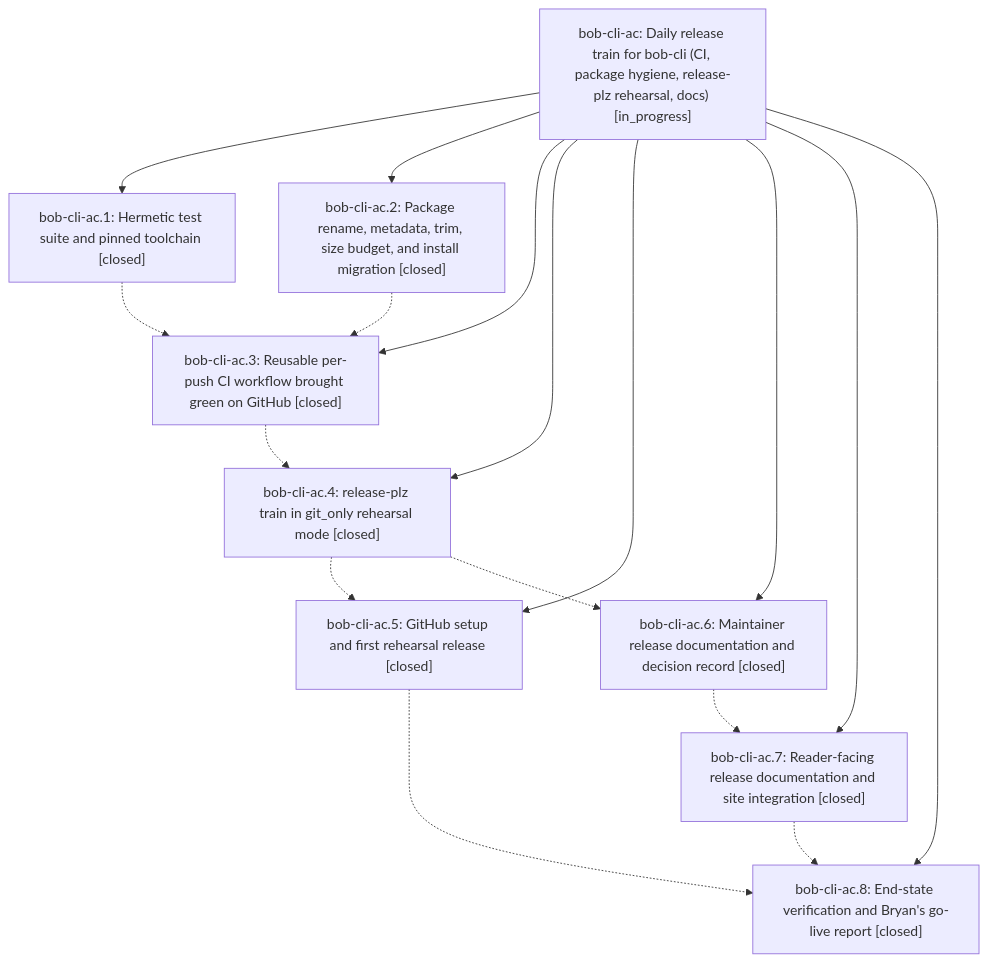
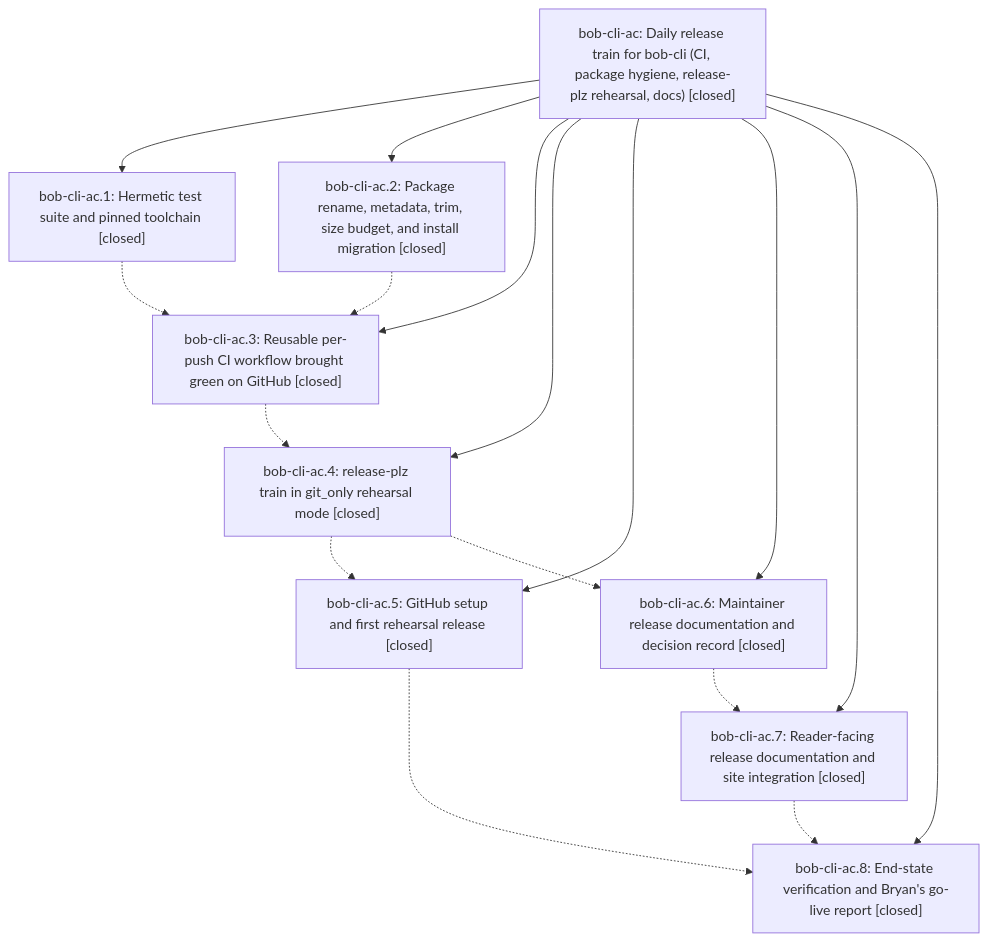
The diagram in pages/bob-cli-ac/README.md (bobs-org/bob-cli--beads), drawn with Mermaid before and after one commit. The commit also changed other lines of this file and 1 other file, not shown here.

First line of the commit message:
chore(beads): sync bead state and pages for bob-cli-ac

````diff
--- a/pages/bob-cli-ac/README.md
+++ b/pages/bob-cli-ac/README.md
@@ -47,28 +60,28 @@
 ```mermaid
 flowchart TD
-    n0["bob-cli-ac: Daily release train for bob-cli (CI, package hygiene, release-plz rehearsal, docs) [in_progress]"]
+    n0["bob-cli-ac: Daily release train for bob-cli (CI, package hygiene, release-plz rehearsal, docs) [closed]"]
     n1["bob-cli-ac.1: Hermetic test suite and pinned toolchain [closed]"]
     n2["bob-cli-ac.2: Package rename, metadata, trim, size budget, and install migration [closed]"]
     n3["bob-cli-ac.3: Reusable per-push CI workflow brought green on GitHub [closed]"]
     n4["bob-cli-ac.4: release-plz train in git_only rehearsal mode [closed]"]
     n5["bob-cli-ac.5: GitHub setup and first rehearsal release [closed]"]
     n6["bob-cli-ac.6: Maintainer release documentation and decision record [closed]"]
     n7["bob-cli-ac.7: Reader-facing release documentation and site integration [closed]"]
     n8["bob-cli-ac.8: End-state verification and Bryan's go-live report [closed]"]
     n0 --> n1
     n0 --> n2
     n0 --> n3
     n0 --> n4
     n0 --> n5
     n0 --> n6
     n0 --> n7
     n0 --> n8
     n1 -.-> n3
     n2 -.-> n3
     n3 -.-> n4
     n4 -.-> n5
     n4 -.-> n6
     n5 -.-> n8
     n6 -.-> n7
     n7 -.-> n8
 ```
````
